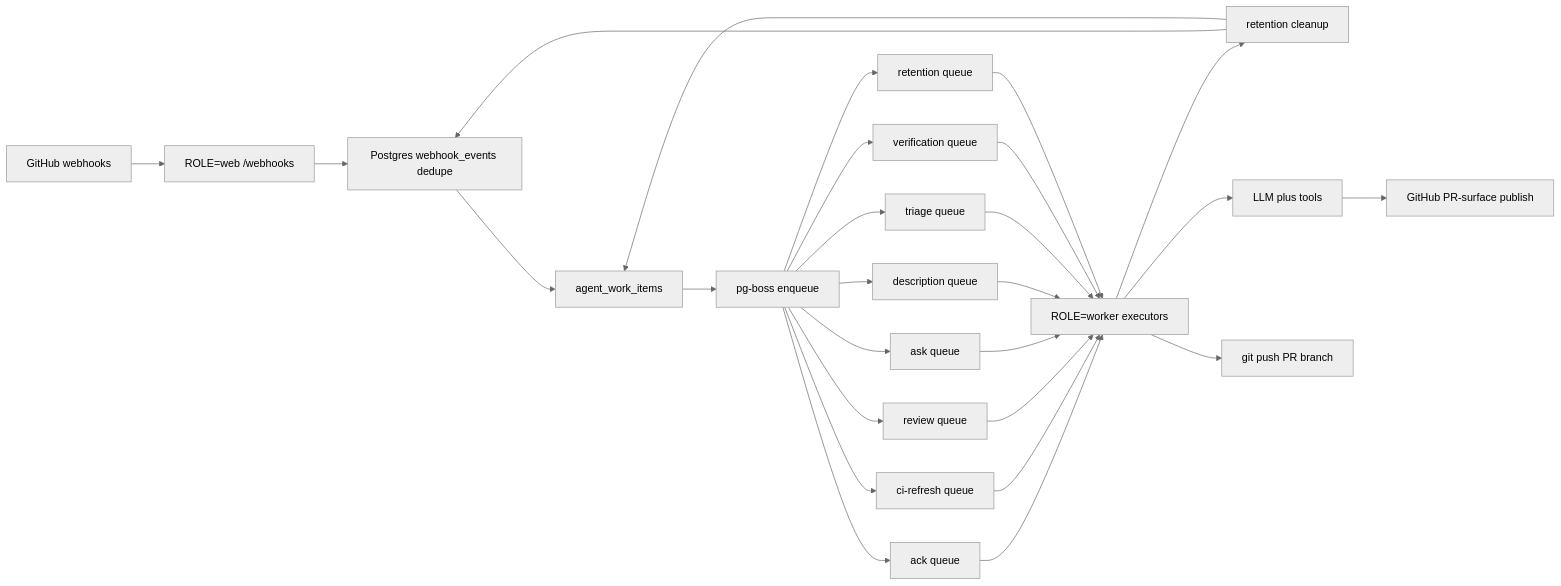
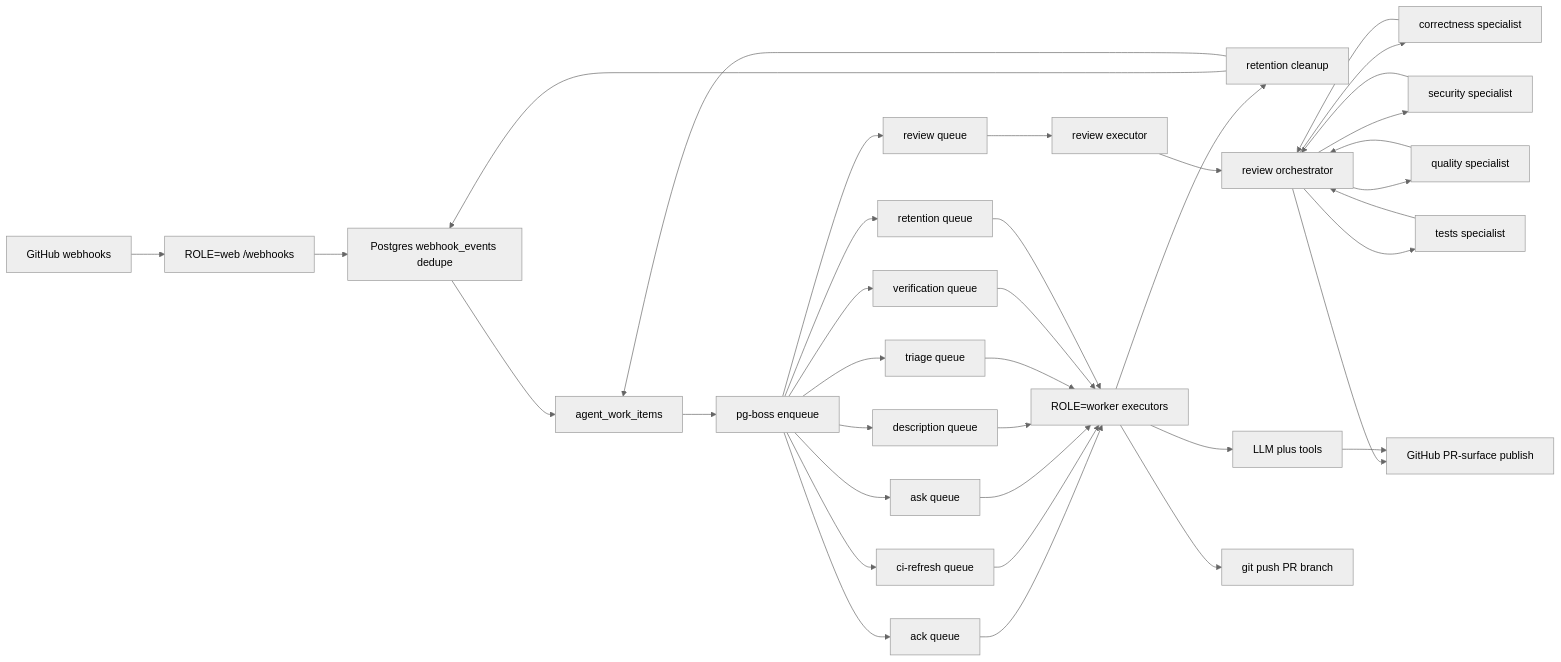
One commit to prathamdby/pr-agent changed the diagram in README.md. Above: the diagram before and after it, drawn with Mermaid (neutral theme). The commit also changed other lines of this file and 31 other files, not shown here.

````diff
--- a/README.md
+++ b/README.md
@@ -213,29 +196,39 @@
 ```mermaid
 flowchart LR
   GitHub[GitHub webhooks] --> Web["ROLE=web /webhooks"]
   Web --> Dedupe[Postgres webhook_events dedupe]
   Dedupe --> Items[agent_work_items]
   Items --> Boss[pg-boss enqueue]
   Boss --> AckQ[ack queue]
   Boss --> CiRefQ[ci-refresh queue]
   Boss --> RevQ[review queue]
   Boss --> AskQ[ask queue]
   Boss --> DescQ[description queue]
   Boss --> TriageQ[triage queue]
   Boss --> VerifQ[verification queue]
   Boss --> RetQ[retention queue]
   AckQ --> Worker["ROLE=worker executors"]
   CiRefQ --> Worker
-  RevQ --> Worker
+  RevQ --> ReviewWorker[review executor]
   AskQ --> Worker
   DescQ --> Worker
   TriageQ --> Worker
   VerifQ --> Worker
   RetQ --> Worker
   Worker --> Retention[retention cleanup]
   Retention --> Dedupe
   Retention --> Items
+  ReviewWorker --> Orch[review orchestrator]
+  Orch --> SpecC[correctness specialist]
+  Orch --> SpecS[security specialist]
+  Orch --> SpecQ[quality specialist]
+  Orch --> SpecT[tests specialist]
+  SpecC --> Orch
+  SpecS --> Orch
+  SpecQ --> Orch
+  SpecT --> Orch
+  Orch --> Publish[GitHub PR-surface publish]
   Worker --> LLM[LLM plus tools]
-  LLM --> Publish[GitHub PR-surface publish]
+  LLM --> Publish
   Worker --> Push[git push PR branch]
 ```
````
